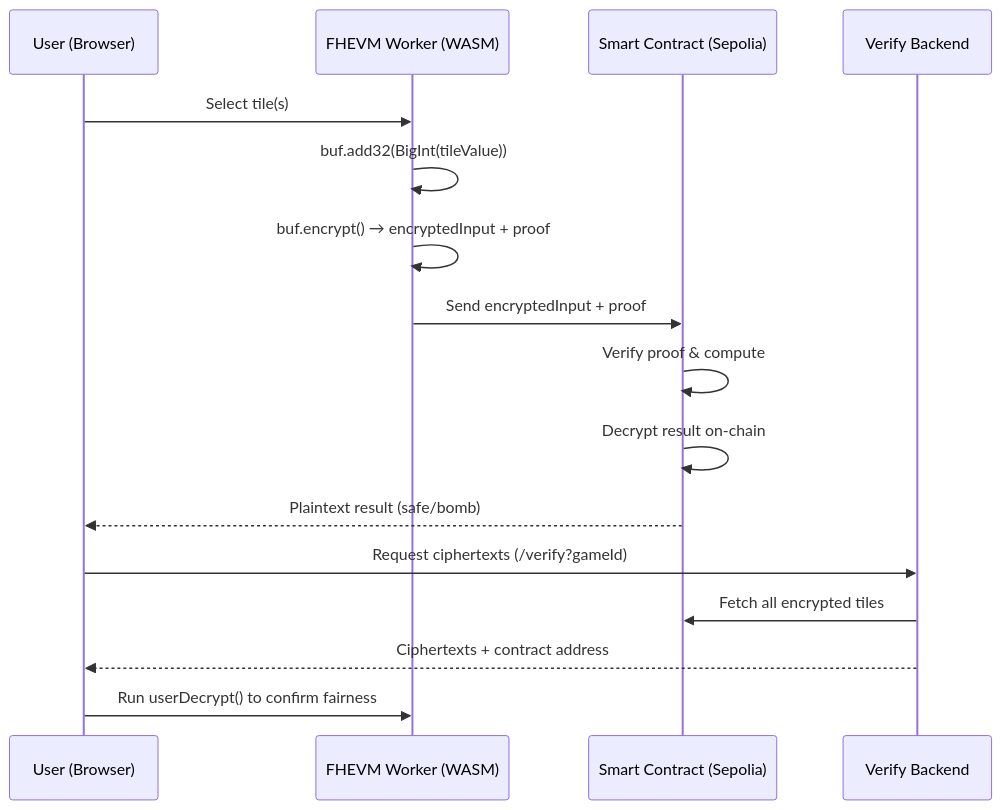
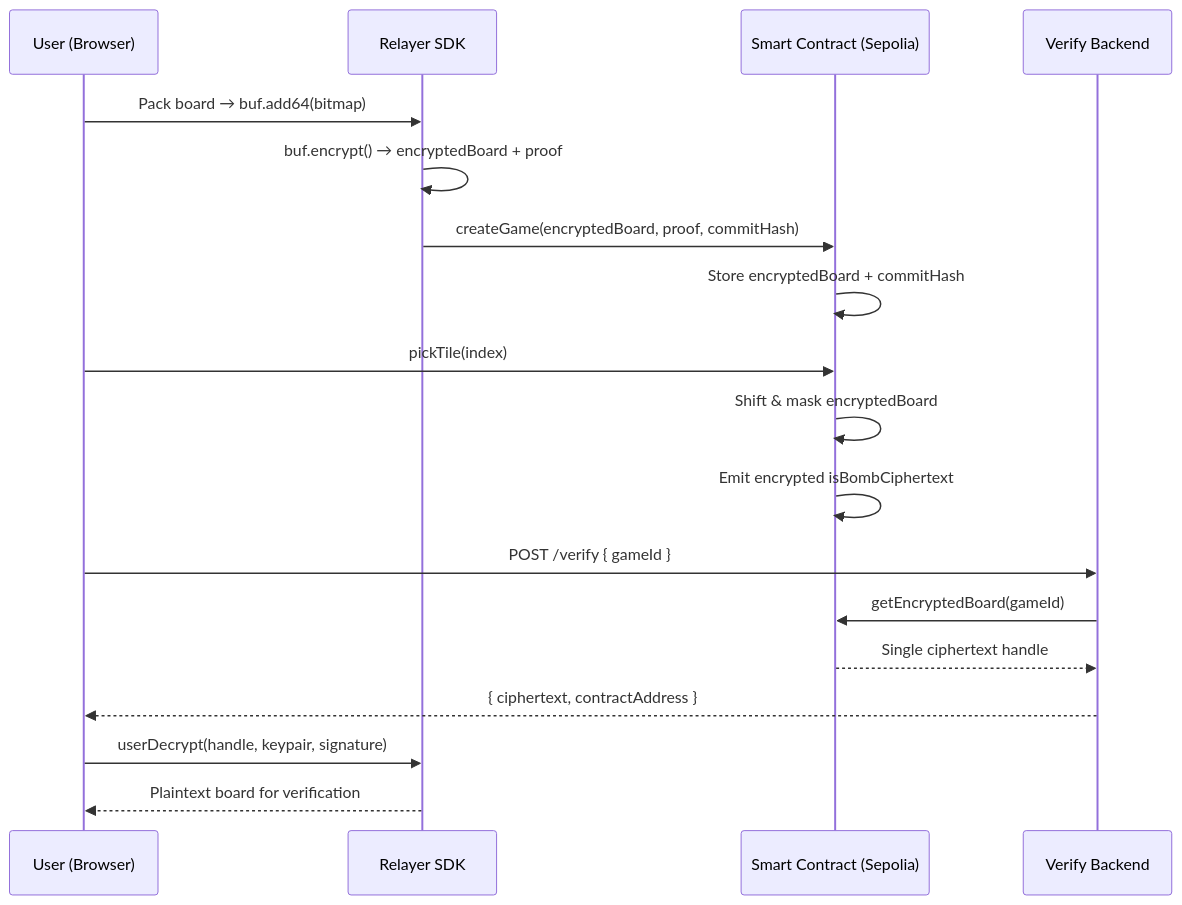
The third of 4 diagrams in README-flows.md (phamnhungoctuan/confidential-bomb), drawn with Mermaid before and after one commit. The commit also changed other lines of this file and 1 other file, not shown here.

````diff
--- a/README-flows.md
+++ b/README-flows.md
@@ -47,19 +49,21 @@
 ```mermaid
 sequenceDiagram
     participant User as User (Browser)
-    participant Worker as FHEVM Worker (WASM)
+    participant Relayer as Relayer SDK
     participant Contract as Smart Contract (Sepolia)
-    participant Verify as Verify Backend
+    participant Backend as Verify Backend
 
-    User->>Worker: Select tile(s)
-    Worker->>Worker: buf.add32(BigInt(tileValue))
-    Worker->>Worker: buf.encrypt() → encryptedInput + proof
-    Worker->>Contract: Send encryptedInput + proof
-    Contract->>Contract: Verify proof & compute
-    Contract->>Contract: Decrypt result on-chain
-    Contract-->>User: Plaintext result (safe/bomb)
-    User->>Verify: Request ciphertexts (/verify?gameId)
-    Verify->>Contract: Fetch all encrypted tiles
-    Verify-->>User: Ciphertexts + contract address
-    User->>Worker: Run userDecrypt() to confirm fairness
+    User->>Relayer: Pack board → buf.add64(bitmap)
+    Relayer->>Relayer: buf.encrypt() → encryptedBoard + proof
+    Relayer->>Contract: createGame(encryptedBoard, proof, commitHash)
+    Contract->>Contract: Store encryptedBoard + commitHash
+    User->>Contract: pickTile(index)
+    Contract->>Contract: Shift & mask encryptedBoard
+    Contract->>Contract: Emit encrypted isBombCiphertext
+    User->>Backend: POST /verify { gameId }
+    Backend->>Contract: getEncryptedBoard(gameId)
+    Contract-->>Backend: Single ciphertext handle
+    Backend-->>User: { ciphertext, contractAddress }
+    User->>Relayer: userDecrypt(handle, keypair, signature)
+    Relayer-->>User: Plaintext board for verification
 ```
````
